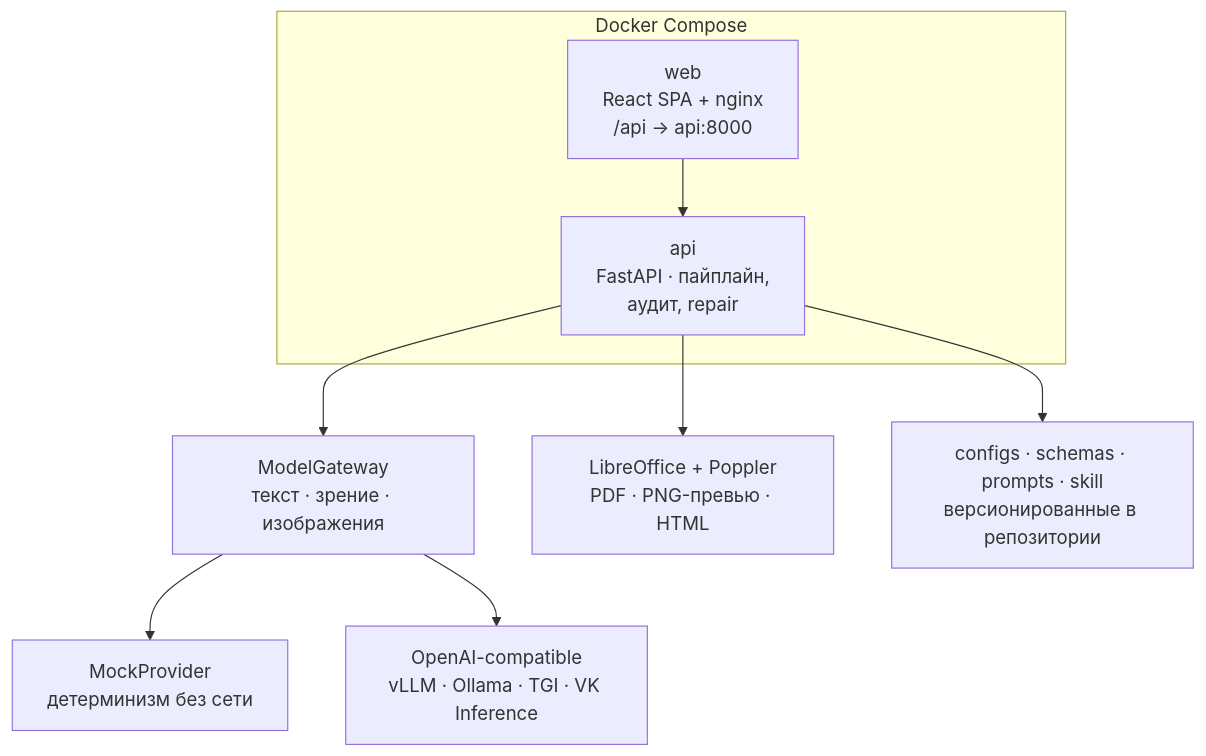
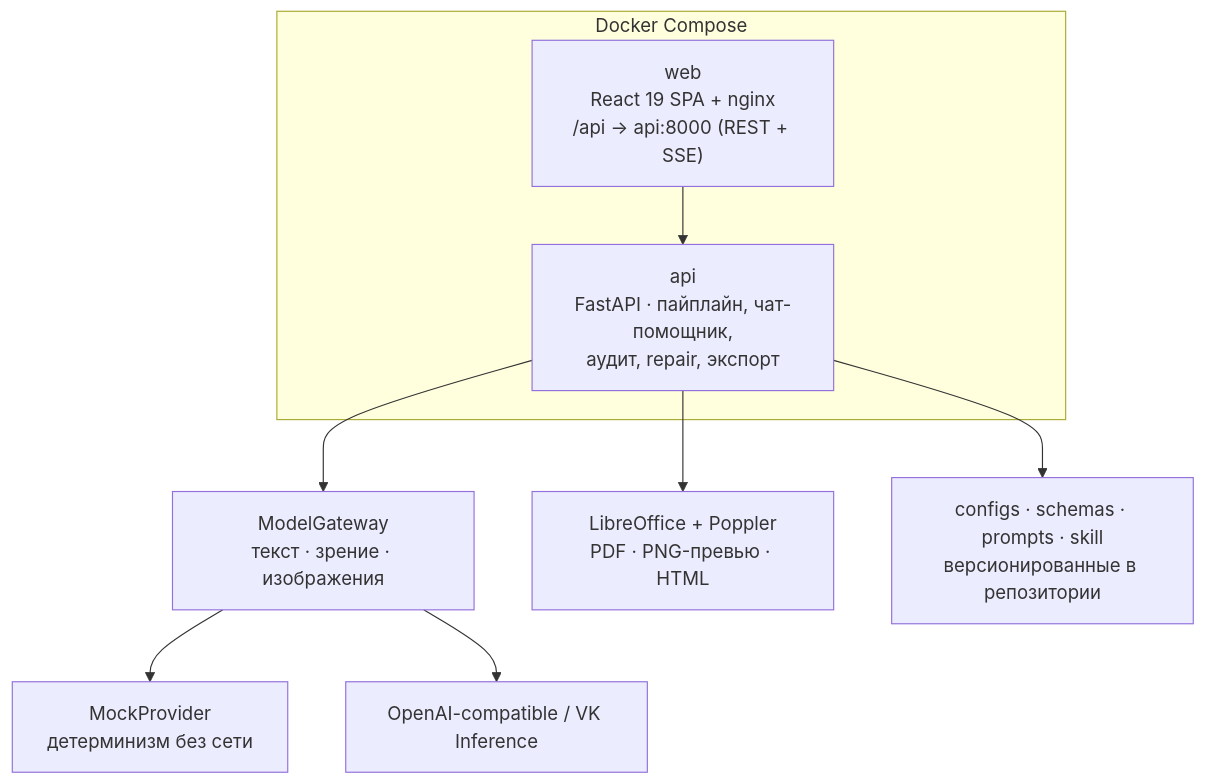
The second of 2 diagrams in README.md (IT-AUL/case-14-ai-presentation-designer-team-19), drawn with Mermaid before and after one commit. The commit also changed other lines of this file and 921 other files, not shown here.

Commit message:
Update platform with seven-step assistant flow, data story engine, and brandbook support

````diff
--- a/README.md
+++ b/README.md
@@ -111,14 +114,14 @@
 ```mermaid
 flowchart TB
     subgraph compose["Docker Compose"]
-        W["web<br/>React SPA + nginx<br/>/api → api:8000"]
-        A["api<br/>FastAPI · пайплайн,<br/>аудит, repair"]
+        W["web<br/>React 19 SPA + nginx<br/>/api → api:8000 (REST + SSE)"]
+        A["api<br/>FastAPI · пайплайн, чат-помощник,<br/>аудит, repair, экспорт"]
         W --> A
     end
 
     A --> G["ModelGateway<br/>текст · зрение · изображения"]
     G --> M0["MockProvider<br/>детерминизм без сети"]
-    G --> M1["OpenAI-compatible<br/>vLLM · Ollama · TGI · VK Inference"]
+    G --> M1["OpenAI-compatible / VK Inference"]
     A --> R["LibreOffice + Poppler<br/>PDF · PNG-превью · HTML"]
     A --> S["configs · schemas · prompts · skill<br/>версионированные в репозитории"]
 ```
````
